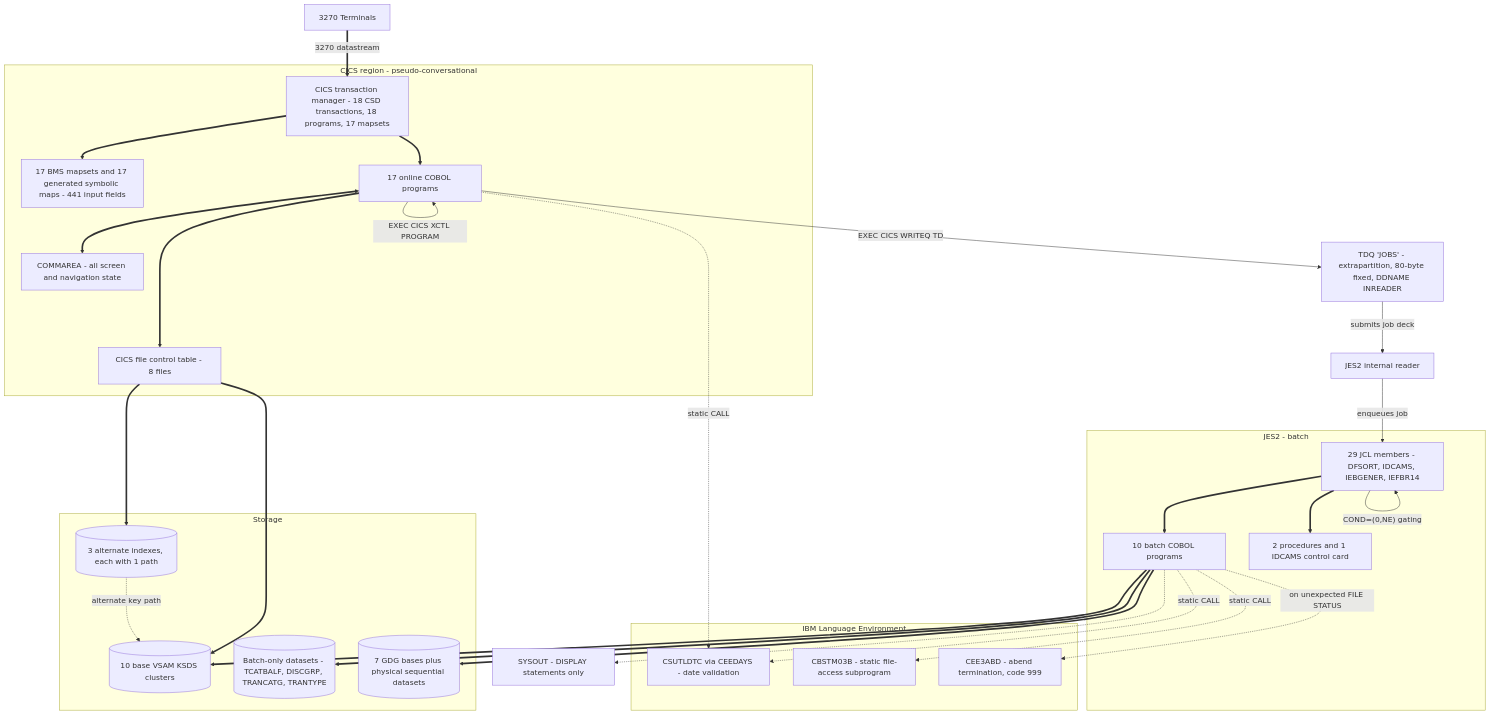
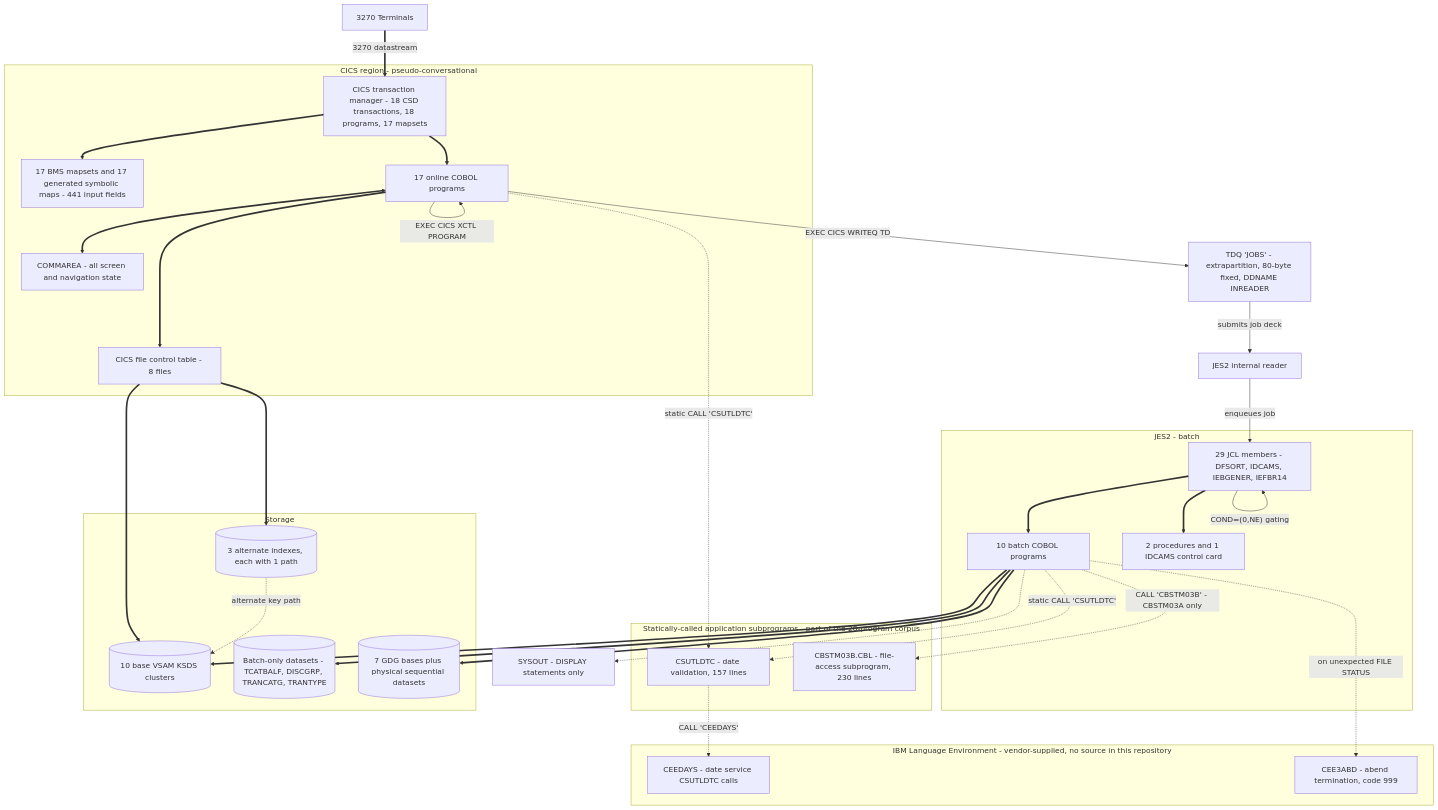
The first of 9 diagrams in docs/architecture-before-after.md (Blitzy-Sandbox/blitzy-card-demo), drawn with Mermaid before and after one commit. The commit also changed other lines of this file and 253 other files, not shown here.

````diff
--- a/docs/architecture-before-after.md
+++ b/docs/architecture-before-after.md
@@ -172,62 +252,67 @@
 ```mermaid
 graph TD
     TERM["3270 Terminals"]
 
     subgraph ONLINE["CICS region - pseudo-conversational"]
         CICSR["CICS transaction manager - 18 CSD transactions, 18 programs, 17 mapsets"]
         MAPS["17 BMS mapsets and 17 generated symbolic maps - 441 input fields"]
         PGMS["17 online COBOL programs"]
         COMMAREA["COMMAREA - all screen and navigation state"]
         FCT["CICS file control table - 8 files"]
     end
 
     subgraph BATCH["JES2 - batch"]
         JCL["29 JCL members - DFSORT, IDCAMS, IEBGENER, IEFBR14"]
         BPGMS["10 batch COBOL programs"]
         PROCS["2 procedures and 1 IDCAMS control card"]
     end
 
-    subgraph LE["IBM Language Environment"]
-        DTC["CSUTLDTC via CEEDAYS - date validation"]
-        SUBP["CBSTM03B - static file-access subprogram"]
+    subgraph SUBS["Statically-called application subprograms - part of the 28-program corpus"]
+        DTC["CSUTLDTC - date validation, 157 lines"]
+        SUBP["CBSTM03B.CBL - file-access subprogram, 230 lines"]
+    end
+
+    subgraph LE["IBM Language Environment - vendor-supplied, no source in this repository"]
+        CEED["CEEDAYS - date service CSUTLDTC calls"]
         ABD["CEE3ABD - abend termination, code 999"]
     end
 
     subgraph STORE["Storage"]
         KSDS[("10 base VSAM KSDS clusters")]
         AIX[("3 alternate indexes, each with 1 path")]
         BONLY[("Batch-only datasets - TCATBALF, DISCGRP, TRANCATG, TRANTYPE")]
         GDG[("7 GDG bases plus physical sequential datasets")]
     end
 
     TDQ["TDQ 'JOBS' - extrapartition, 80-byte fixed, DDNAME INREADER"]
     IREADER["JES2 internal reader"]
     SYSOUT["SYSOUT - DISPLAY statements only"]
 
     TERM ==>|"3270 datastream"| CICSR
     CICSR ==> MAPS
     CICSR ==> PGMS
     PGMS <==> COMMAREA
     PGMS -->|"EXEC CICS XCTL PROGRAM"| PGMS
     PGMS ==> FCT
     FCT ==> KSDS
     FCT ==> AIX
     AIX -.->|"alternate key path"| KSDS
 
     PGMS -->|"EXEC CICS WRITEQ TD"| TDQ
     TDQ -->|"submits job deck"| IREADER
     IREADER -->|"enqueues job"| JCL
 
     JCL ==> BPGMS
     JCL ==> PROCS
     BPGMS ==> KSDS
     BPGMS ==> BONLY
     BPGMS ==> GDG
     JCL -->|"COND=(0,NE) gating"| JCL
 
-    PGMS -.->|"static CALL"| DTC
-    BPGMS -.->|"static CALL"| DTC
-    BPGMS -.->|"static CALL"| SUBP
+    PGMS -.->|"static CALL 'CSUTLDTC'"| DTC
+    BPGMS -.->|"static CALL 'CSUTLDTC'"| DTC
+    BPGMS -.->|"CALL 'CBSTM03B' - CBSTM03A only"| SUBP
+    DTC -.->|"CALL 'CEEDAYS'"| CEED
     BPGMS -.->|"on unexpected FILE STATUS"| ABD
     BPGMS -.-> SYSOUT
 ```
````
